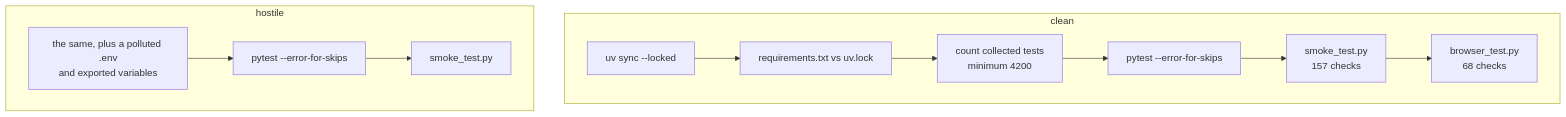
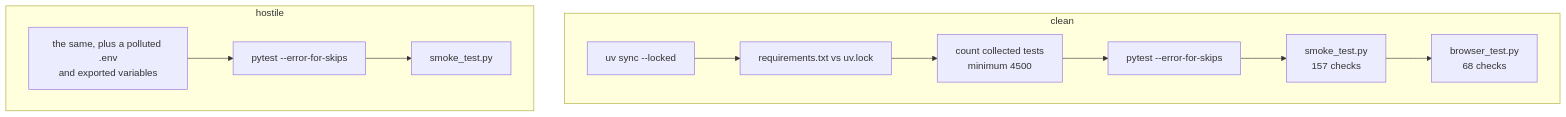
Before and after one commit to IAMN1/link-shortener: the diagram in docs/testing.md, drawn with Mermaid. The commit also changed other lines of this file and 19 other files, not shown here.

````diff
--- a/docs/testing.md
+++ b/docs/testing.md
@@ -481,12 +490,12 @@
 ```mermaid
 flowchart TD
     subgraph clean["clean"]
         C1[uv sync --locked] --> C2[requirements.txt vs uv.lock]
-        C2 --> C3[count collected tests<br/>minimum 4200] --> C4[pytest --error-for-skips]
+        C2 --> C3[count collected tests<br/>minimum 4500] --> C4[pytest --error-for-skips]
         C4 --> C5[smoke_test.py<br/>157 checks] --> C6[browser_test.py<br/>68 checks]
     end
     subgraph hostile["hostile"]
         H1[the same, plus a polluted .env<br/>and exported variables] --> H2[pytest --error-for-skips]
         H2 --> H3[smoke_test.py]
     end
 ```
````
